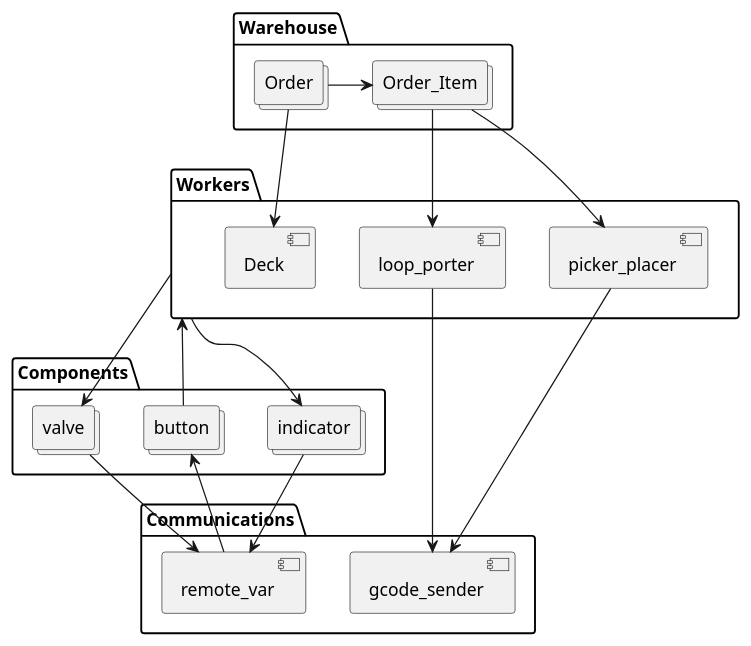
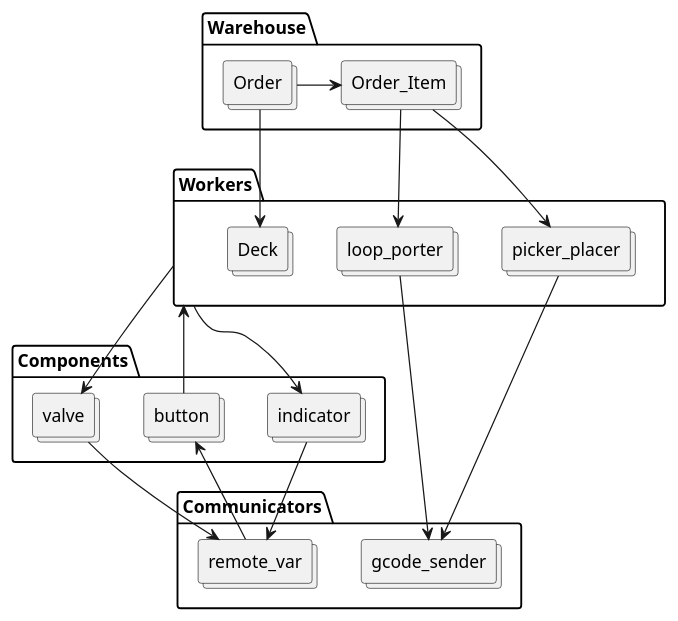
Before and after one commit to voicevon/gobot_front: the diagram in apps/port1234/twh_wcs/docs/architecture.puml, drawn with PlantUML. The commit also changed 6 other files, not shown here.

```diff
--- a/apps/port1234/twh_wcs/docs/architecture.puml
+++ b/apps/port1234/twh_wcs/docs/architecture.puml
@@ -1,42 +1,42 @@
 @startuml
 allowmixing
 
 folder Warehouse{
     collections Order
     collections Order_Item
     Order -> Order_Item
 }
 
 folder Workers{
-    component loop_porter
-    component Deck
-    component picker_placer
+    collections loop_porter
+    collections Deck
+    collections picker_placer
 
 }
 Order --> Deck
 Order_Item --> loop_porter
 Order_Item -->picker_placer
 
 folder Components{
     collections indicator
     collections button
     collections valve
 
 
 }
 Workers --> indicator
 Workers --> valve
 Workers <-- button
 
 
-folder Communications{
-    component gcode_sender
-    component remote_var
+folder Communicators{
+    collections gcode_sender
+    collections remote_var
 }
 loop_porter ---> gcode_sender
 picker_placer ---> gcode_sender
 indicator --> remote_var
 valve --> remote_var
 button <-- remote_var
 
 @enduml
```
